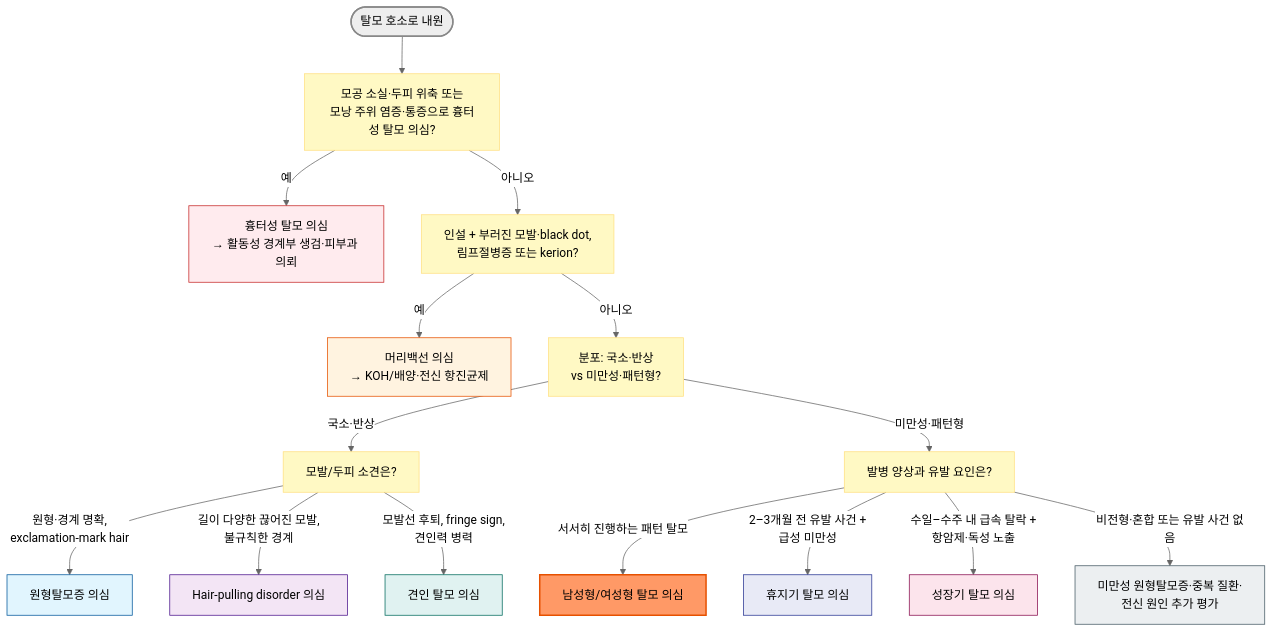
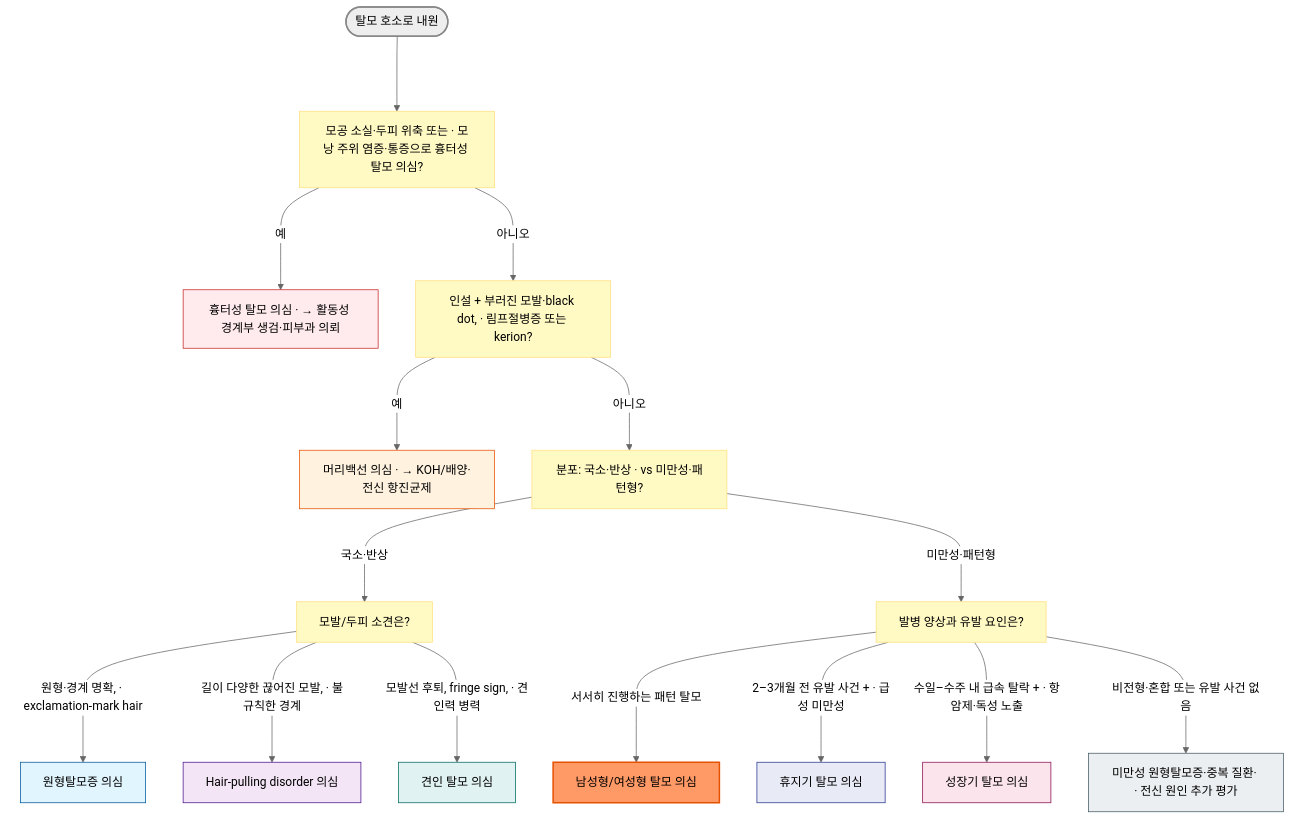
Before and after one commit to familyoh77/familyoh77: the diagram in 229_/186_-alopecia.md, drawn with Mermaid (neutral theme). The commit also changed other lines of this file and 3 other files, not shown here.

````diff
--- a/229_/186_-alopecia.md
+++ b/229_/186_-alopecia.md
@@ -150,35 +157,35 @@
 ```mermaid
 graph TD
-    Start(["탈모 호소로 내원"]) --> Q1["모공 소실·두피 위축 또는<br/>모낭 주위 염증·통증으로 흉터성 탈모 의심?"]
-    Q1 -->|"예"| DxScar["흉터성 탈모 의심<br/>→ 활동성 경계부 생검·피부과 의뢰"]
-    Q1 -->|"아니오"| QTinea["인설 + 부러진 모발·black dot,<br/>림프절병증 또는 kerion?"]
-    QTinea -->|"예"| DxTinea["머리백선 의심<br/>→ KOH/배양·전신 항진균제"]
-    QTinea -->|"아니오"| Q2["분포: 국소·반상<br/>vs 미만성·패턴형?"]
+    Start(["탈모 호소로 내원"]) ---> Q1["모공 소실·두피 위축 또는 · 모낭 주위 염증·통증으로 흉터성 탈모 의심?"]
+    Q1 --->|"예"| DxScar["흉터성 탈모 의심 · → 활동성 경계부 생검·피부과 의뢰"]
+    Q1 --->|"아니오"| QTinea["인설 + 부러진 모발·black dot, · 림프절병증 또는 kerion?"]
+    QTinea --->|"예"| DxTinea["머리백선 의심 · → KOH/배양·전신 항진균제"]
+    QTinea --->|"아니오"| Q2["분포: 국소·반상 · vs 미만성·패턴형?"]
 
-    Q2 -->|"국소·반상"| Q3["모발/두피 소견은?"]
-    Q3 -->|"원형·경계 명확,<br/>exclamation-mark hair"| DxAA["원형탈모증 의심"]
-    Q3 -->|"길이 다양한 끊어진 모발,<br/>불규칙한 경계"| DxTTM["Hair-pulling disorder 의심"]
-    Q3 -->|"모발선 후퇴, fringe sign,<br/>견인력 병력"| DxTA["견인 탈모 의심"]
+    Q2 --->|"국소·반상"| Q3["모발/두피 소견은?"]
+    Q3 --->|"원형·경계 명확, · exclamation-mark hair"| DxAA["원형탈모증 의심"]
+    Q3 --->|"길이 다양한 끊어진 모발, · 불규칙한 경계"| DxTTM["Hair-pulling disorder 의심"]
+    Q3 --->|"모발선 후퇴, fringe sign, · 견인력 병력"| DxTA["견인 탈모 의심"]
 
-    Q2 -->|"미만성·패턴형"| Q4["발병 양상과 유발 요인은?"]
-    Q4 -->|"서서히 진행하는 패턴 탈모"| DxPattern["남성형/여성형 탈모 의심"]
-    Q4 -->|"2–3개월 전 유발 사건 +<br/>급성 미만성"| DxTE["휴지기 탈모 의심"]
-    Q4 -->|"수일–수주 내 급속 탈락 +<br/>항암제·독성 노출"| DxAE["성장기 탈모 의심"]
-    Q4 -->|"비전형·혼합 또는 유발 사건 없음"| DxOther["미만성 원형탈모증·중복 질환·<br/>전신 원인 추가 평가"]
+    Q2 --->|"미만성·패턴형"| Q4["발병 양상과 유발 요인은?"]
+    Q4 --->|"서서히 진행하는 패턴 탈모"| DxPattern["남성형/여성형 탈모 의심"]
+    Q4 --->|"2–3개월 전 유발 사건 + · 급성 미만성"| DxTE["휴지기 탈모 의심"]
+    Q4 --->|"수일–수주 내 급속 탈락 + · 항암제·독성 노출"| DxAE["성장기 탈모 의심"]
+    Q4 --->|"비전형·혼합 또는 유발 사건 없음"| DxOther["미만성 원형탈모증·중복 질환· · 전신 원인 추가 평가"]
 
     style Start fill:#eeeeee,stroke:#888888,stroke-width:2px
     style Q1 fill:#fff9c4,stroke:#ffe082
     style QTinea fill:#fff9c4,stroke:#ffe082
     style Q2 fill:#fff9c4,stroke:#ffe082
     style Q3 fill:#fff9c4,stroke:#ffe082
     style Q4 fill:#fff9c4,stroke:#ffe082
     style DxPattern fill:#f96,stroke:#e65100,stroke-width:2px
     style DxScar fill:#ffebee,stroke:#c62828
     style DxAA fill:#e1f5fe,stroke:#01579b
     style DxTinea fill:#fff3e0,stroke:#e65100
     style DxTTM fill:#f3e5f5,stroke:#4a148c
     style DxTA fill:#e0f2f1,stroke:#00695c
     style DxTE fill:#e8eaf6,stroke:#283593
     style DxAE fill:#fce4ec,stroke:#880e4f
     style DxOther fill:#eceff1,stroke:#455a64
 ```
````
